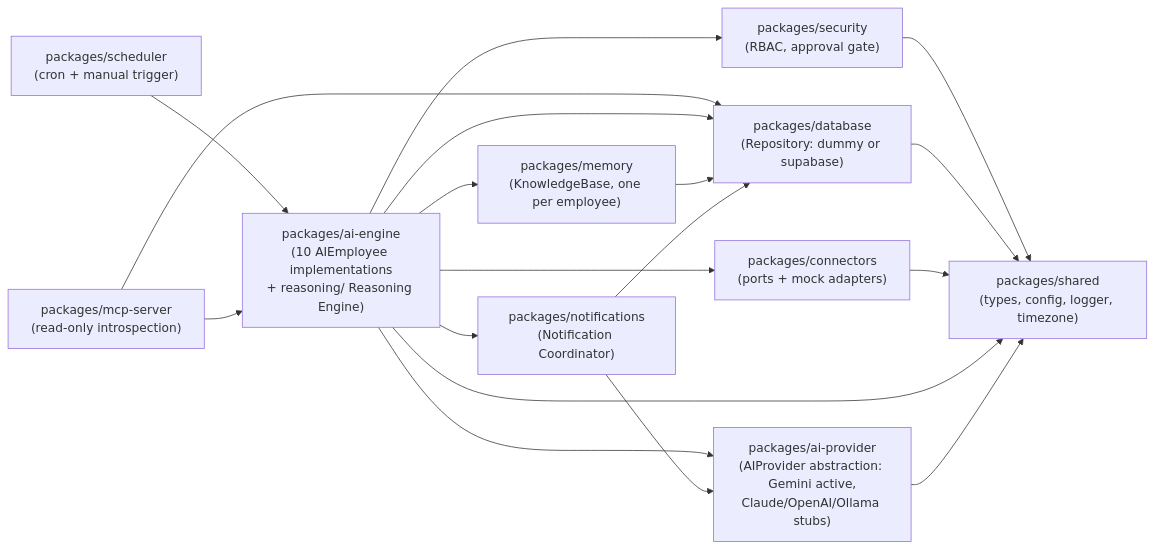
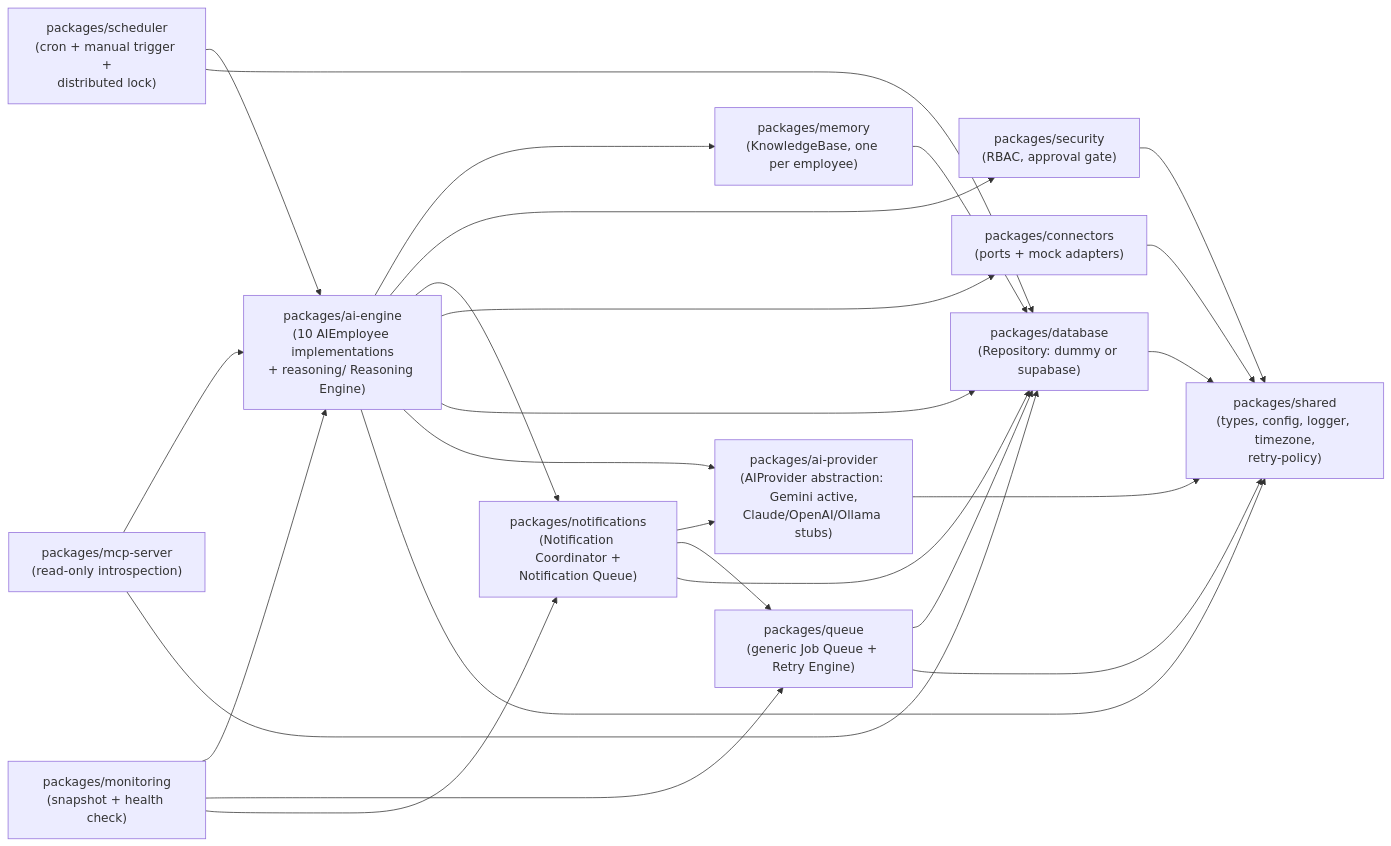
One commit to loonarsliving/Aiagent changed the first of 4 diagrams in docs/ARCHITECTURE.md. Above: the diagram before and after it, drawn with Mermaid. The commit also changed other lines of this file and 43 other files, not shown here.

First line of the commit message:
Sprint 3B: AI infrastructure — distributed scheduler lock, job queue, retry engine, persistence, manual trigger, notification queue, monitoring, health check

````diff
--- a/docs/ARCHITECTURE.md
+++ b/docs/ARCHITECTURE.md
@@ -23,20 +23,27 @@
 ```mermaid
 graph LR
-    Scheduler["packages/scheduler<br/>(cron + manual trigger)"] --> AIEngine["packages/ai-engine<br/>(10 AIEmployee implementations<br/>+ reasoning/ Reasoning Engine)"]
+    Scheduler["packages/scheduler<br/>(cron + manual trigger +<br/>distributed lock)"] --> AIEngine["packages/ai-engine<br/>(10 AIEmployee implementations<br/>+ reasoning/ Reasoning Engine)"]
     MCP["packages/mcp-server<br/>(read-only introspection)"] --> AIEngine
     MCP --> DB
+    Monitoring["packages/monitoring<br/>(snapshot + health check)"] --> AIEngine
+    Monitoring --> Queue
+    Monitoring --> Notif
     AIEngine --> Memory["packages/memory<br/>(KnowledgeBase, one per employee)"]
     AIEngine --> Security["packages/security<br/>(RBAC, approval gate)"]
-    AIEngine --> Notif["packages/notifications<br/>(Notification Coordinator)"]
+    AIEngine --> Notif["packages/notifications<br/>(Notification Coordinator +<br/>Notification Queue)"]
     AIEngine --> Connectors["packages/connectors<br/>(ports + mock adapters)"]
     AIEngine --> DB["packages/database<br/>(Repository: dummy or supabase)"]
     AIEngine --> AIProvider["packages/ai-provider<br/>(AIProvider abstraction: Gemini active,<br/>Claude/OpenAI/Ollama stubs)"]
     Notif --> AIProvider
+    Notif --> Queue["packages/queue<br/>(generic Job Queue + Retry Engine)"]
+    Queue --> DB
+    Scheduler --> DB
     Memory --> DB
     Notif --> DB
-    Security --> Shared["packages/shared<br/>(types, config, logger, timezone)"]
+    Security --> Shared["packages/shared<br/>(types, config, logger, timezone,<br/>retry-policy)"]
     DB --> Shared
     Connectors --> Shared
     AIEngine --> Shared
     AIProvider --> Shared
+    Queue --> Shared
 ```
````
